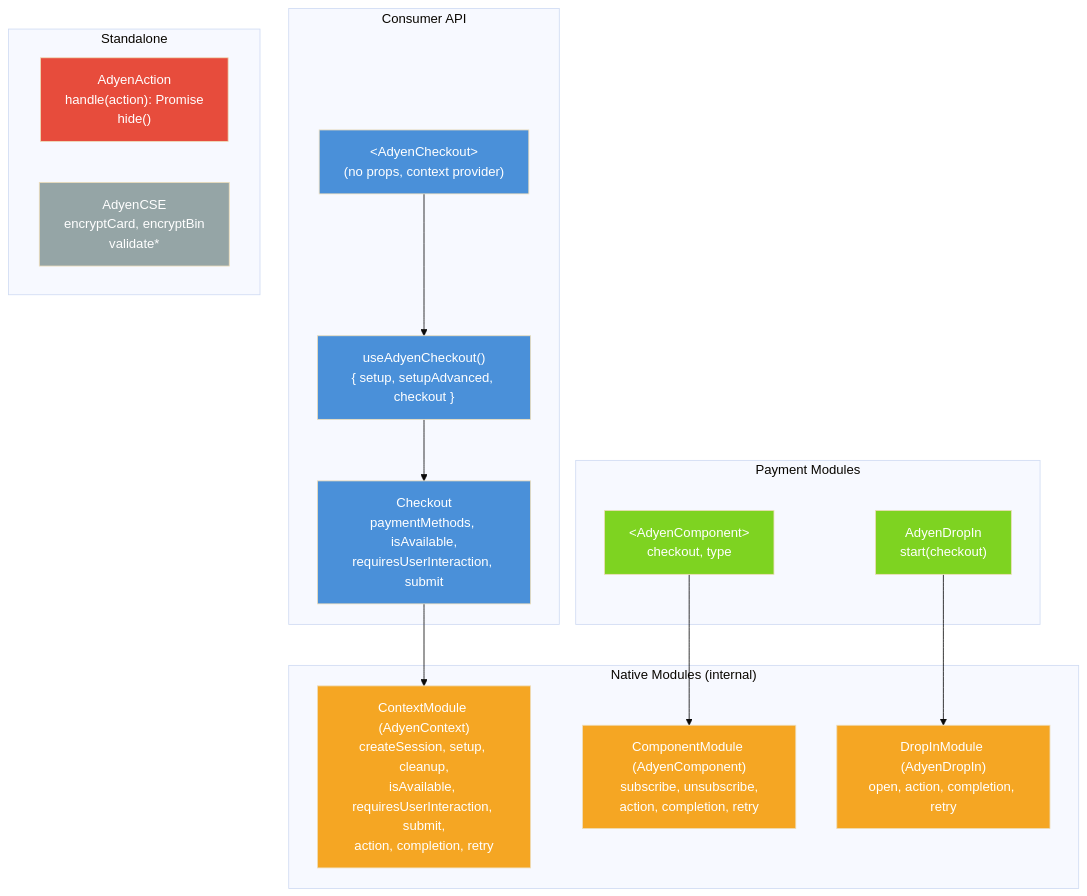
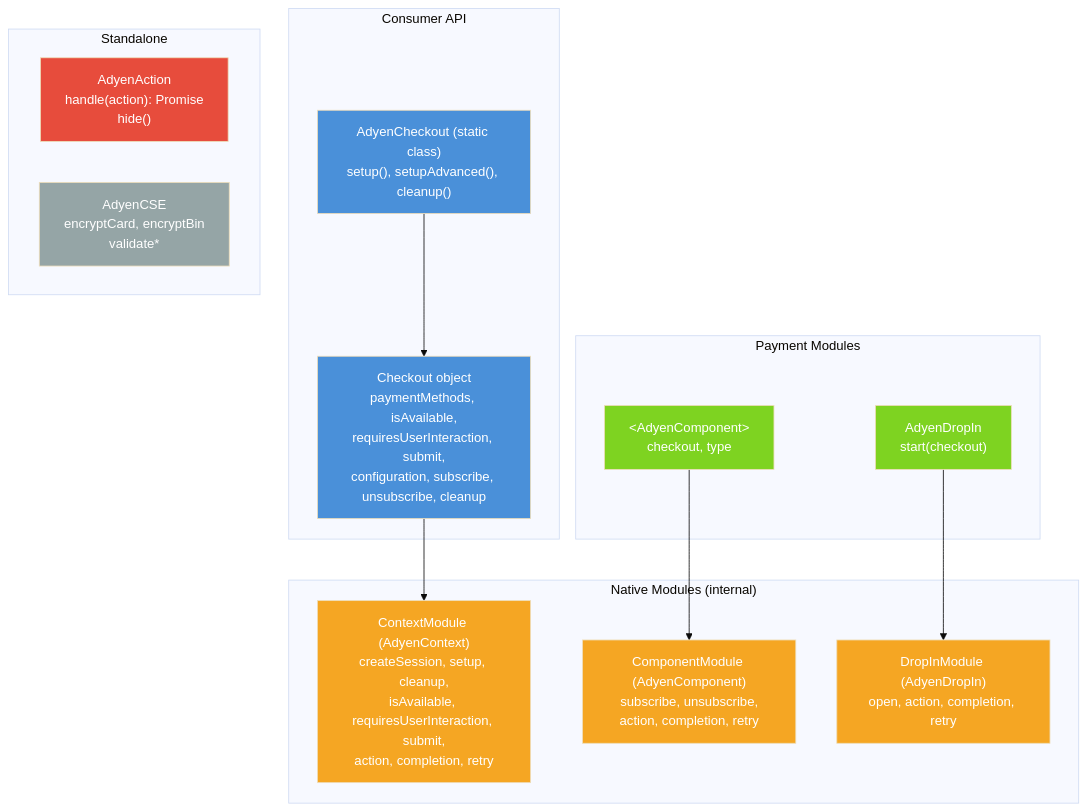
Before and after one commit to Adyen/adyen-react-native: the fourth of 4 diagrams in docs/public-api-flows.md, drawn with Mermaid (base theme). The commit also changed other lines of this file and 26 other files, not shown here.

First line of the commit message:
refactor: replace AdyenCheckout provider with static API (Option B)

````diff
--- a/docs/public-api-flows.md
+++ b/docs/public-api-flows.md
@@ -133,41 +131,38 @@
 ```mermaid
 graph TB
     subgraph "Consumer API"
-        AC["&lt;AdyenCheckout&gt;<br/>(no props, context provider)"]
-        Hook["useAdyenCheckout()<br/>{ setup, setupAdvanced, checkout }"]
-        Checkout["Checkout<br/>paymentMethods, isAvailable,<br/>requiresUserInteraction, submit"]
+        AC["AdyenCheckout (static class)<br/>setup(), setupAdvanced(), cleanup()"]
+        Checkout["Checkout object<br/>paymentMethods, isAvailable,<br/>requiresUserInteraction, submit,<br/>configuration, subscribe, unsubscribe, cleanup"]
     end
 
     subgraph "Payment Modules"
         DropIn["AdyenDropIn<br/>start(checkout)"]
         Component["&lt;AdyenComponent&gt;<br/>checkout, type"]
     end
 
     subgraph "Standalone"
         ActionMod["AdyenAction<br/>handle(action): Promise<br/>hide()"]
         CSE["AdyenCSE<br/>encryptCard, encryptBin<br/>validate*"]
     end
 
     subgraph "Native Modules (internal)"
         Context["ContextModule (AdyenContext)<br/>createSession, setup, cleanup,<br/>isAvailable, requiresUserInteraction, submit,<br/>action, completion, retry"]
         CompMod["ComponentModule (AdyenComponent)<br/>subscribe, unsubscribe,<br/>action, completion, retry"]
         DropInMod["DropInModule (AdyenDropIn)<br/>open, action, completion, retry"]
     end
 
-    AC --> Hook
-    Hook --> Checkout
+    AC --> Checkout
     Checkout --> Context
     DropIn --> DropInMod
     Component --> CompMod
 
     style AC fill:#4a90d9,color:#fff
-    style Hook fill:#4a90d9,color:#fff
     style Checkout fill:#4a90d9,color:#fff
     style DropIn fill:#7ed321,color:#fff
     style Component fill:#7ed321,color:#fff
     style ActionMod fill:#e74c3c,color:#fff
     style CSE fill:#95a5a6,color:#fff
     style Context fill:#f5a623,color:#fff
     style CompMod fill:#f5a623,color:#fff
     style DropInMod fill:#f5a623,color:#fff
 ```
````
